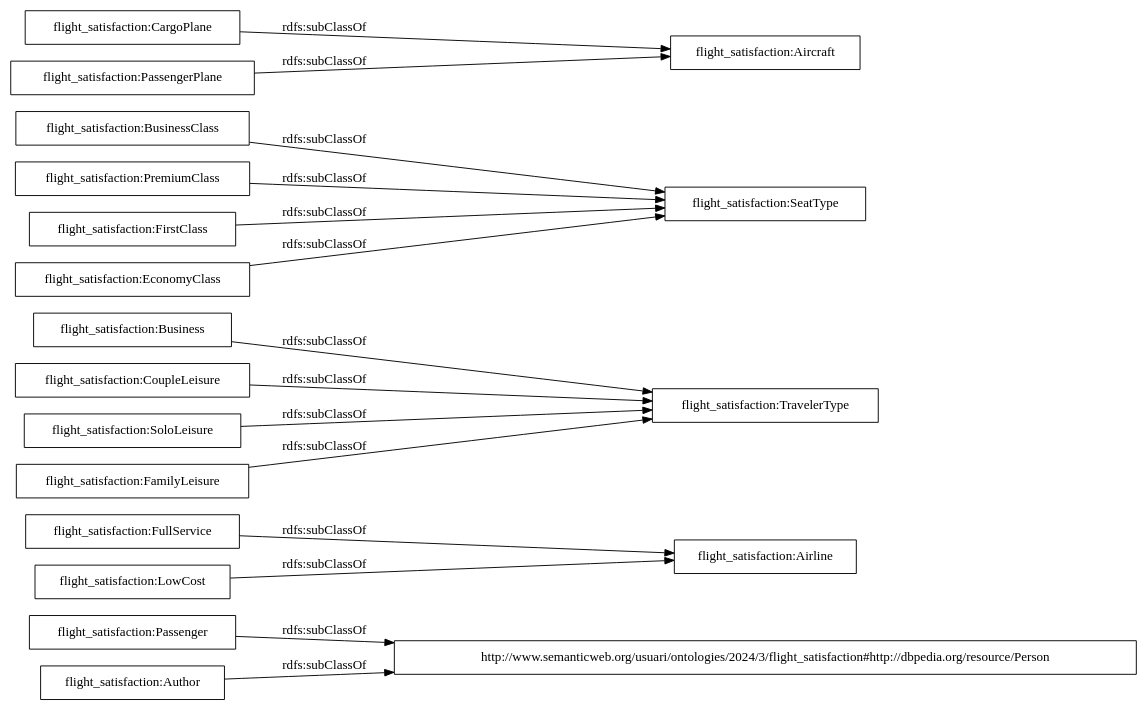
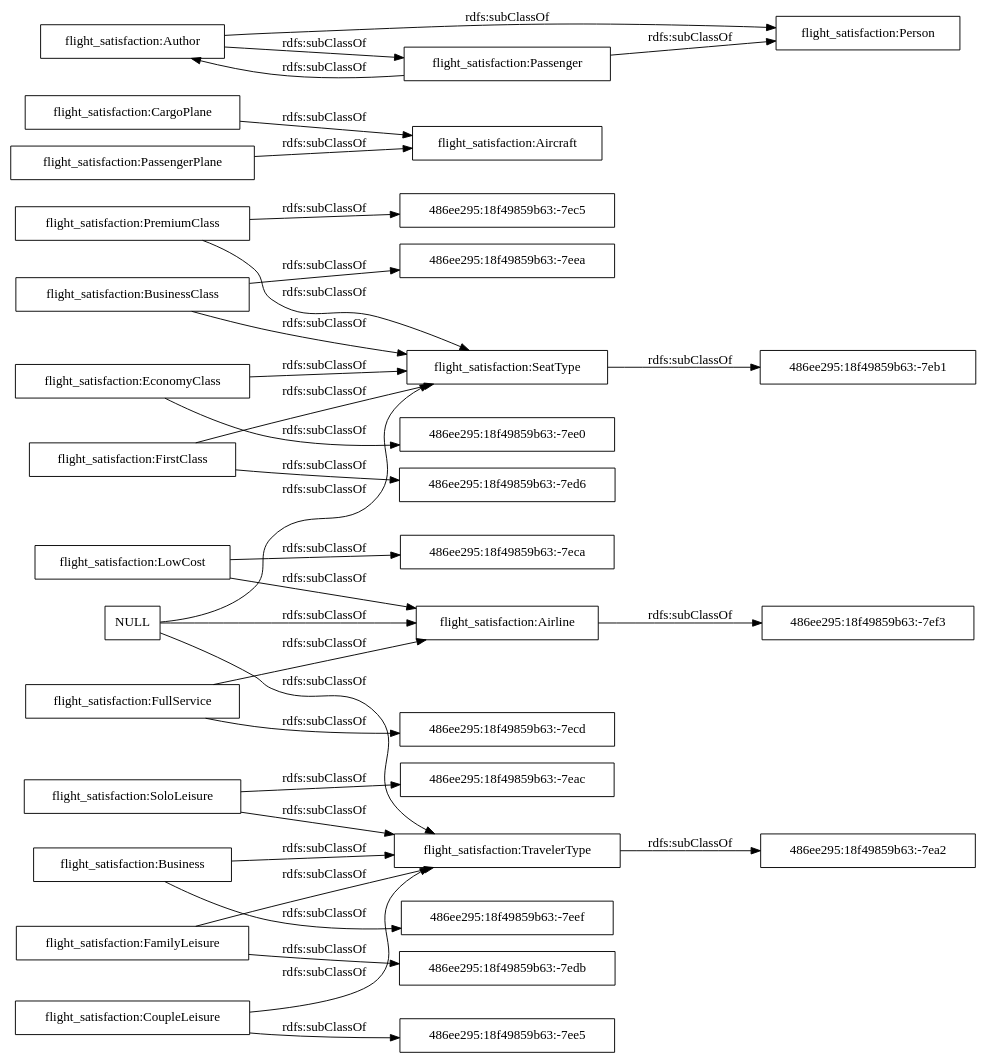
One commit to o348tu89q34p/ontology changed the diagram in OnToology/flight_satisfaction.rdf/diagrams/ar2dtool-taxonomy/flight_satisfaction.rdf.png.dot. Above: the diagram before and after it, drawn with Graphviz. The commit also changed 12 other files, not shown here.

```diff
--- a/OnToology/flight_satisfaction.rdf/diagrams/ar2dtool-taxonomy/flight_satisfaction.rdf.png.dot
+++ b/OnToology/flight_satisfaction.rdf/diagrams/ar2dtool-taxonomy/flight_satisfaction.rdf.png.dot
@@ -1,20 +1,38 @@
 digraph ar2dtool_diagram { 
 rankdir=LR;
 size="1000"
-node [shape = rectangle, color="black"]; "http://www.semanticweb.org/usuari/ontologies/2024/3/flight_satisfaction#http://dbpedia.org/resource/Person" "flight_satisfaction:Airline" "flight_satisfaction:TravelerType" "flight_satisfaction:BusinessClass" "flight_satisfaction:PremiumClass" "flight_satisfaction:Passenger" "flight_satisfaction:Business" "flight_satisfaction:FirstClass" "flight_satisfaction:Author" "flight_satisfaction:CoupleLeisure" "flight_satisfaction:Aircraft" "flight_satisfaction:SoloLeisure" "flight_satisfaction:FullService" "flight_satisfaction:CargoPlane" "flight_satisfaction:FamilyLeisure" "flight_satisfaction:LowCost" "flight_satisfaction:SeatType" "flight_satisfaction:EconomyClass" "flight_satisfaction:PassengerPlane" ; /*classes style*/
+node [shape = rectangle, color="black"]; "486ee295:18f49859b63:-7ec5" "486ee295:18f49859b63:-7edb" "flight_satisfaction:Business" "flight_satisfaction:SoloLeisure" "486ee295:18f49859b63:-7eef" "flight_satisfaction:EconomyClass" "flight_satisfaction:CargoPlane" "flight_satisfaction:Airline" "486ee295:18f49859b63:-7ee5" "flight_satisfaction:CoupleLeisure" "flight_satisfaction:Person" "486ee295:18f49859b63:-7eb1" "flight_satisfaction:PassengerPlane" "flight_satisfaction:BusinessClass" "flight_satisfaction:TravelerType" "flight_satisfaction:FamilyLeisure" "486ee295:18f49859b63:-7eea" "486ee295:18f49859b63:-7ecd" "flight_satisfaction:Author" "flight_satisfaction:Aircraft" "flight_satisfaction:Passenger" "flight_satisfaction:LowCost" "flight_satisfaction:SeatType" "486ee295:18f49859b63:-7ee0" "486ee295:18f49859b63:-7ef3" "flight_satisfaction:FullService" "486ee295:18f49859b63:-7eca" "486ee295:18f49859b63:-7ea2" "flight_satisfaction:FirstClass" "486ee295:18f49859b63:-7ed6" "flight_satisfaction:PremiumClass" "486ee295:18f49859b63:-7eac" ; /*classes style*/
+	"flight_satisfaction:PremiumClass" -> "486ee295:18f49859b63:-7ec5" [ label = "rdfs:subClassOf" ];
+	"flight_satisfaction:PremiumClass" -> "flight_satisfaction:SeatType" [ label = "rdfs:subClassOf" ];
+	"NULL" -> "flight_satisfaction:TravelerType" [ label = "rdfs:subClassOf" ];
+	"NULL" -> "flight_satisfaction:SeatType" [ label = "rdfs:subClassOf" ];
+	"NULL" -> "flight_satisfaction:Airline" [ label = "rdfs:subClassOf" ];
+	"flight_satisfaction:FamilyLeisure" -> "486ee295:18f49859b63:-7edb" [ label = "rdfs:subClassOf" ];
+	"flight_satisfaction:FamilyLeisure" -> "flight_satisfaction:TravelerType" [ label = "rdfs:subClassOf" ];
+	"flight_satisfaction:EconomyClass" -> "486ee295:18f49859b63:-7ee0" [ label = "rdfs:subClassOf" ];
+	"flight_satisfaction:EconomyClass" -> "flight_satisfaction:SeatType" [ label = "rdfs:subClassOf" ];
+	"flight_satisfaction:SoloLeisure" -> "486ee295:18f49859b63:-7eac" [ label = "rdfs:subClassOf" ];
+	"flight_satisfaction:SoloLeisure" -> "flight_satisfaction:TravelerType" [ label = "rdfs:subClassOf" ];
+	"flight_satisfaction:Author" -> "flight_satisfaction:Person" [ label = "rdfs:subClassOf" ];
+	"flight_satisfaction:Author" -> "flight_satisfaction:Passenger" [ label = "rdfs:subClassOf" ];
+	"flight_satisfaction:FullService" -> "486ee295:18f49859b63:-7ecd" [ label = "rdfs:subClassOf" ];
+	"flight_satisfaction:FullService" -> "flight_satisfaction:Airline" [ label = "rdfs:subClassOf" ];
+	"flight_satisfaction:FirstClass" -> "486ee295:18f49859b63:-7ed6" [ label = "rdfs:subClassOf" ];
+	"flight_satisfaction:FirstClass" -> "flight_satisfaction:SeatType" [ label = "rdfs:subClassOf" ];
+	"flight_satisfaction:PassengerPlane" -> "flight_satisfaction:Aircraft" [ label = "rdfs:subClassOf" ];
+	"flight_satisfaction:TravelerType" -> "486ee295:18f49859b63:-7ea2" [ label = "rdfs:subClassOf" ];
+	"flight_satisfaction:SeatType" -> "486ee295:18f49859b63:-7eb1" [ label = "rdfs:subClassOf" ];
+	"flight_satisfaction:BusinessClass" -> "486ee295:18f49859b63:-7eea" [ label = "rdfs:subClassOf" ];
+	"flight_satisfaction:BusinessClass" -> "flight_satisfaction:SeatType" [ label = "rdfs:subClassOf" ];
+	"flight_satisfaction:Passenger" -> "flight_satisfaction:Person" [ label = "rdfs:subClassOf" ];
+	"flight_satisfaction:Passenger" -> "flight_satisfaction:Author" [ label = "rdfs:subClassOf" ];
+	"flight_satisfaction:Business" -> "486ee295:18f49859b63:-7eef" [ label = "rdfs:subClassOf" ];
 	"flight_satisfaction:Business" -> "flight_satisfaction:TravelerType" [ label = "rdfs:subClassOf" ];
-	"flight_satisfaction:BusinessClass" -> "flight_satisfaction:SeatType" [ label = "rdfs:subClassOf" ];
-	"flight_satisfaction:EconomyClass" -> "flight_satisfaction:SeatType" [ label = "rdfs:subClassOf" ];
-	"flight_satisfaction:Author" -> "http://www.semanticweb.org/usuari/ontologies/2024/3/flight_satisfaction#http://dbpedia.org/resource/Person" [ label = "rdfs:subClassOf" ];
-	"flight_satisfaction:FullService" -> "flight_satisfaction:Airline" [ label = "rdfs:subClassOf" ];
-	"flight_satisfaction:PassengerPlane" -> "flight_satisfaction:Aircraft" [ label = "rdfs:subClassOf" ];
-	"flight_satisfaction:FirstClass" -> "flight_satisfaction:SeatType" [ label = "rdfs:subClassOf" ];
+	"flight_satisfaction:Airline" -> "486ee295:18f49859b63:-7ef3" [ label = "rdfs:subClassOf" ];
+	"flight_satisfaction:CargoPlane" -> "flight_satisfaction:Aircraft" [ label = "rdfs:subClassOf" ];
+	"flight_satisfaction:CoupleLeisure" -> "486ee295:18f49859b63:-7ee5" [ label = "rdfs:subClassOf" ];
+	"flight_satisfaction:CoupleLeisure" -> "flight_satisfaction:TravelerType" [ label = "rdfs:subClassOf" ];
+	"flight_satisfaction:LowCost" -> "486ee295:18f49859b63:-7eca" [ label = "rdfs:subClassOf" ];
 	"flight_satisfaction:LowCost" -> "flight_satisfaction:Airline" [ label = "rdfs:subClassOf" ];
-	"flight_satisfaction:CoupleLeisure" -> "flight_satisfaction:TravelerType" [ label = "rdfs:subClassOf" ];
-	"flight_satisfaction:Passenger" -> "http://www.semanticweb.org/usuari/ontologies/2024/3/flight_satisfaction#http://dbpedia.org/resource/Person" [ label = "rdfs:subClassOf" ];
-	"flight_satisfaction:FamilyLeisure" -> "flight_satisfaction:TravelerType" [ label = "rdfs:subClassOf" ];
-	"flight_satisfaction:CargoPlane" -> "flight_satisfaction:Aircraft" [ label = "rdfs:subClassOf" ];
-	"flight_satisfaction:PremiumClass" -> "flight_satisfaction:SeatType" [ label = "rdfs:subClassOf" ];
-	"flight_satisfaction:SoloLeisure" -> "flight_satisfaction:TravelerType" [ label = "rdfs:subClassOf" ];
 
 }
```
